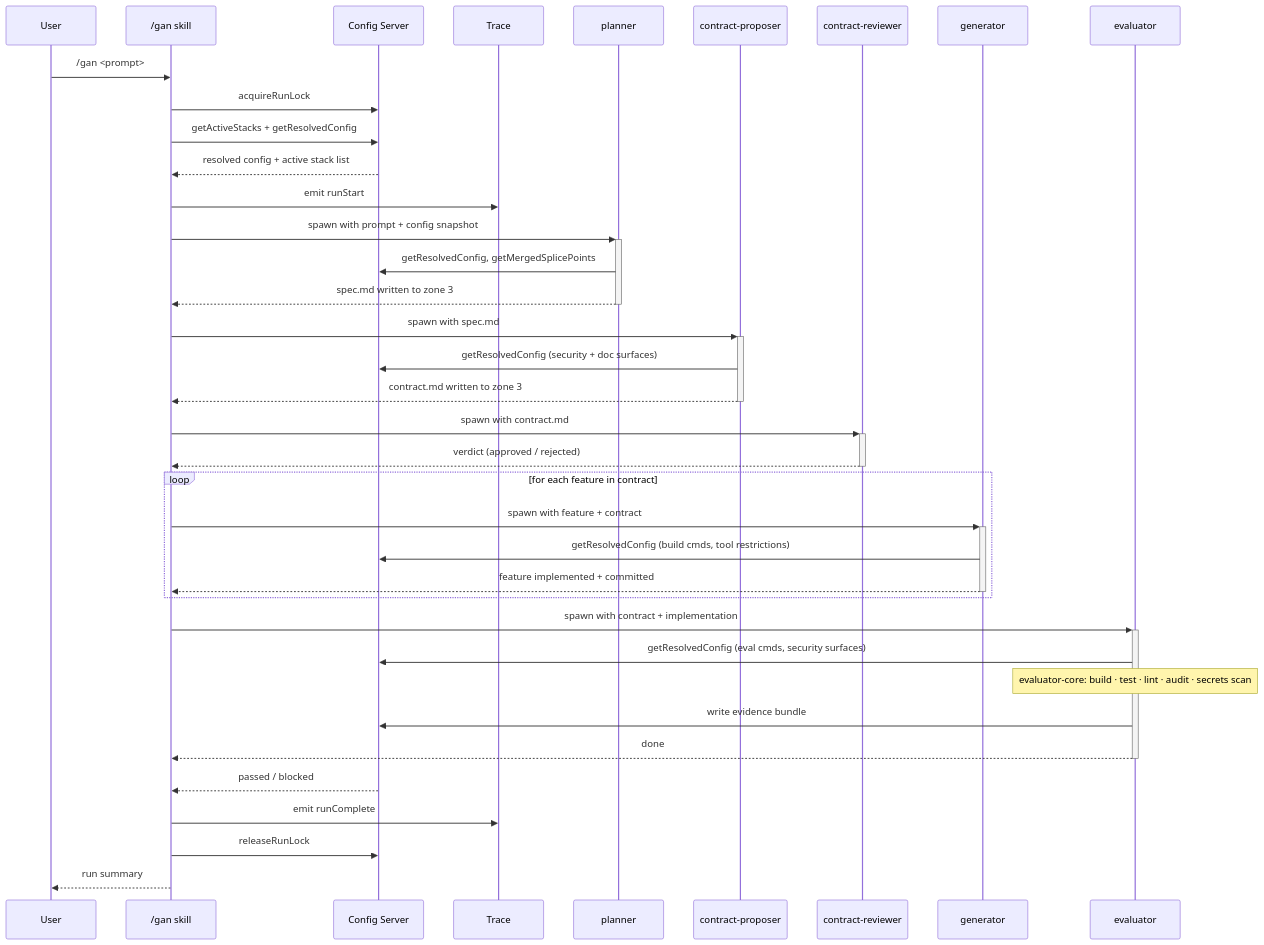
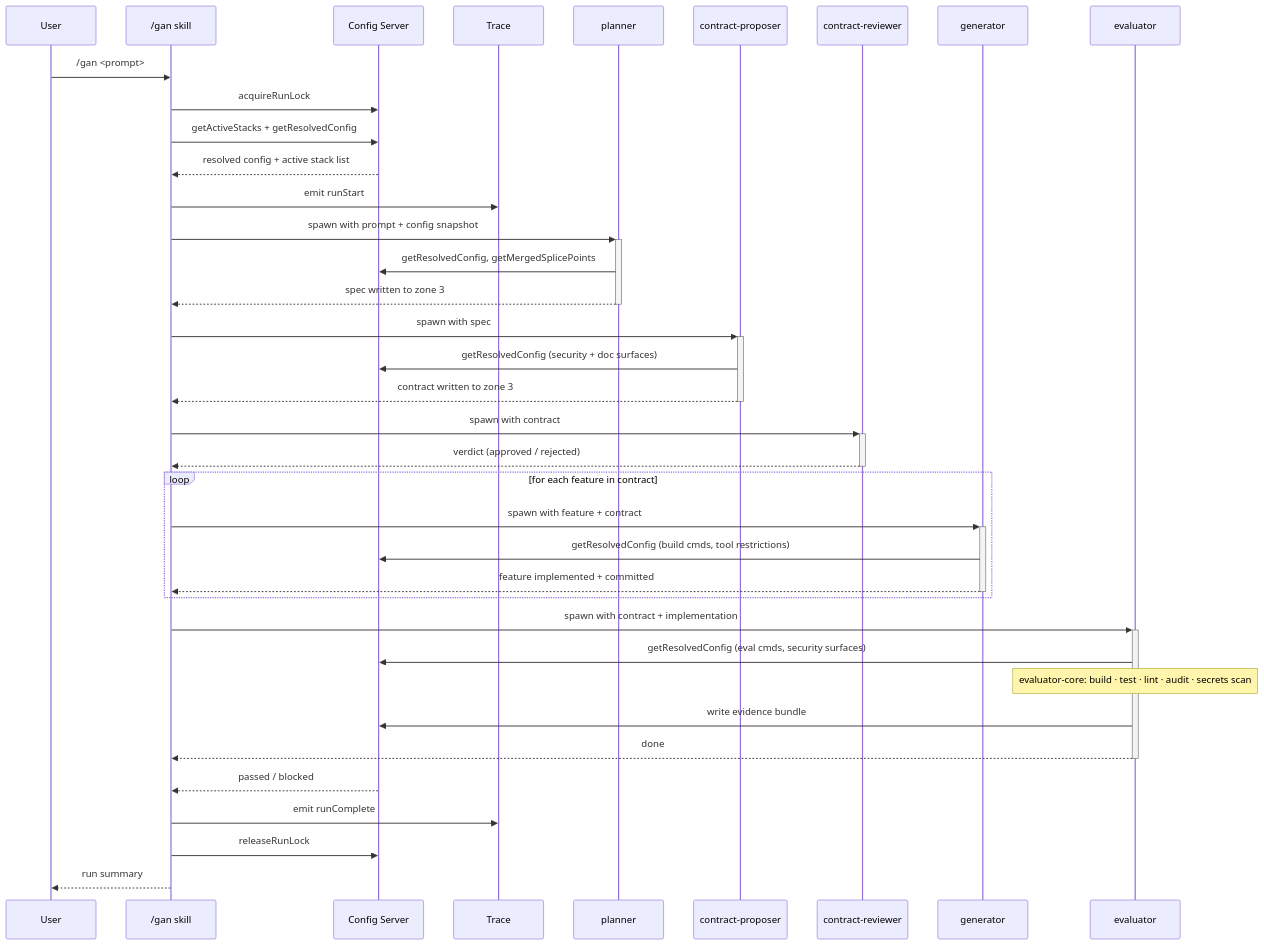
The second of 5 diagrams in documentation/subsystem-architecture.md (Thomas-AppForceOne/ClaudeAgents), drawn with Mermaid before and after one commit. The commit also changed other lines of this file, not shown here.

Commit message:
docs: remove all file paths from diagrams

````diff
--- a/documentation/subsystem-architecture.md
+++ b/documentation/subsystem-architecture.md
@@ -72,46 +72,46 @@
 ```mermaid
 sequenceDiagram
     participant U as User
     participant SK as /gan skill
     participant CS as Config Server
     participant TR as Trace
     participant PL as planner
     participant CP as contract-proposer
     participant CR as contract-reviewer
     participant GN as generator
     participant EV as evaluator
 
     U->>SK: /gan <prompt>
     SK->>CS: acquireRunLock
     SK->>CS: getActiveStacks + getResolvedConfig
     CS-->>SK: resolved config + active stack list
     SK->>TR: emit runStart
 
     SK->>+PL: spawn with prompt + config snapshot
     PL->>CS: getResolvedConfig, getMergedSplicePoints
-    PL-->>-SK: spec.md written to zone 3
+    PL-->>-SK: spec written to zone 3
 
-    SK->>+CP: spawn with spec.md
+    SK->>+CP: spawn with spec
     CP->>CS: getResolvedConfig (security + doc surfaces)
-    CP-->>-SK: contract.md written to zone 3
+    CP-->>-SK: contract written to zone 3
 
-    SK->>+CR: spawn with contract.md
+    SK->>+CR: spawn with contract
     CR-->>-SK: verdict (approved / rejected)
 
     loop for each feature in contract
         SK->>+GN: spawn with feature + contract
         GN->>CS: getResolvedConfig (build cmds, tool restrictions)
         GN-->>-SK: feature implemented + committed
     end
 
     SK->>+EV: spawn with contract + implementation
     EV->>CS: getResolvedConfig (eval cmds, security surfaces)
     Note over EV: evaluator-core: build · test · lint · audit · secrets scan
     EV->>CS: write evidence bundle
     EV-->>-SK: done
     CS-->>SK: passed / blocked
 
     SK->>TR: emit runComplete
     SK->>CS: releaseRunLock
     SK-->>U: run summary
 ```
````
